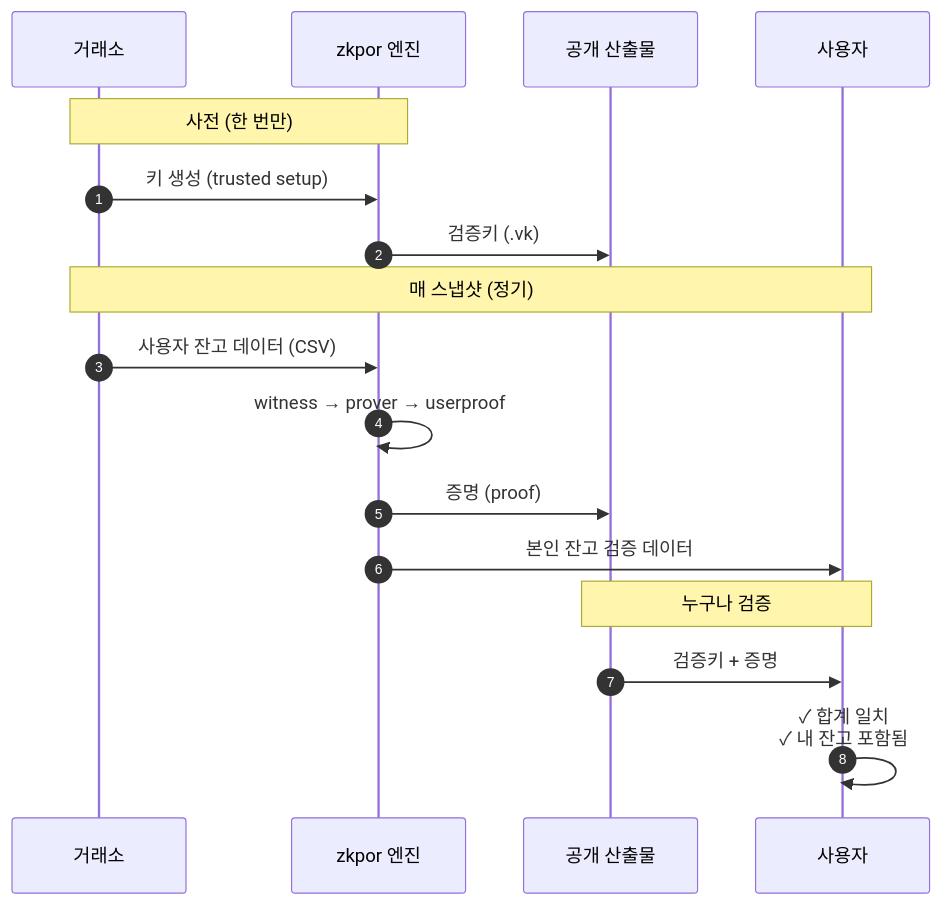
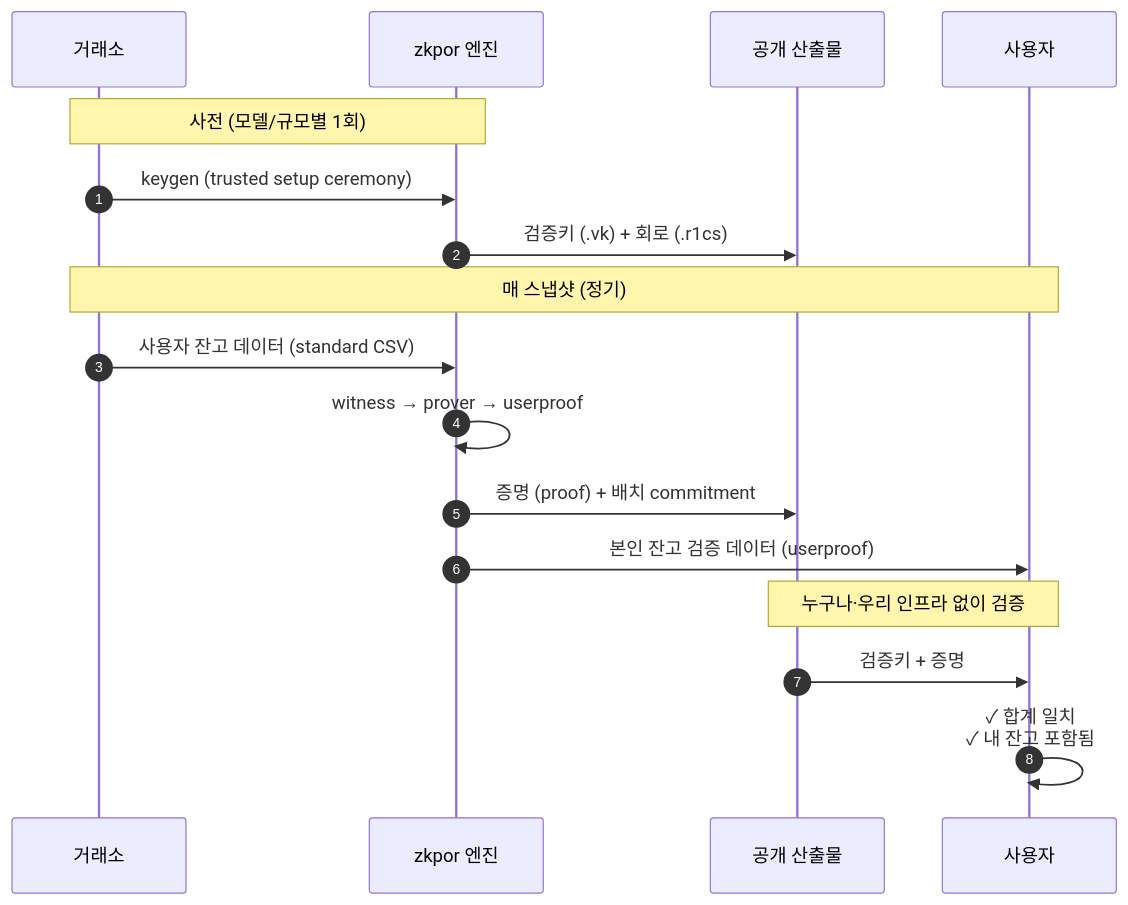
One commit to BetweenBits-org/zk-pos-ext changed the fifth of 7 diagrams in README.md. Above: the diagram before and after it, drawn with Mermaid. The commit also changed other lines of this file and 5 other files, not shown here.

````diff
--- a/README.md
+++ b/README.md
@@ -119,22 +185,22 @@
 ```mermaid
 sequenceDiagram
   autonumber
   participant 거래소
   participant 엔진 as zkpor 엔진
   participant 공개 as 공개 산출물
   participant 사용자
 
-  Note over 거래소,엔진: 사전 (한 번만)
-  거래소->>엔진: 키 생성 (trusted setup)
-  엔진->>공개: 검증키 (.vk)
+  Note over 거래소,엔진: 사전 (모델/규모별 1회)
+  거래소->>엔진: keygen (trusted setup ceremony)
+  엔진->>공개: 검증키 (.vk) + 회로 (.r1cs)
 
   Note over 거래소,사용자: 매 스냅샷 (정기)
-  거래소->>엔진: 사용자 잔고 데이터 (CSV)
+  거래소->>엔진: 사용자 잔고 데이터 (standard CSV)
   엔진->>엔진: witness → prover → userproof
-  엔진->>공개: 증명 (proof)
-  엔진->>사용자: 본인 잔고 검증 데이터
+  엔진->>공개: 증명 (proof) + 배치 commitment
+  엔진->>사용자: 본인 잔고 검증 데이터 (userproof)
 
-  Note over 공개,사용자: 누구나 검증
+  Note over 공개,사용자: 누구나·우리 인프라 없이 검증
   공개->>사용자: 검증키 + 증명
   사용자->>사용자: ✓ 합계 일치<br/>✓ 내 잔고 포함됨
 ```
````
